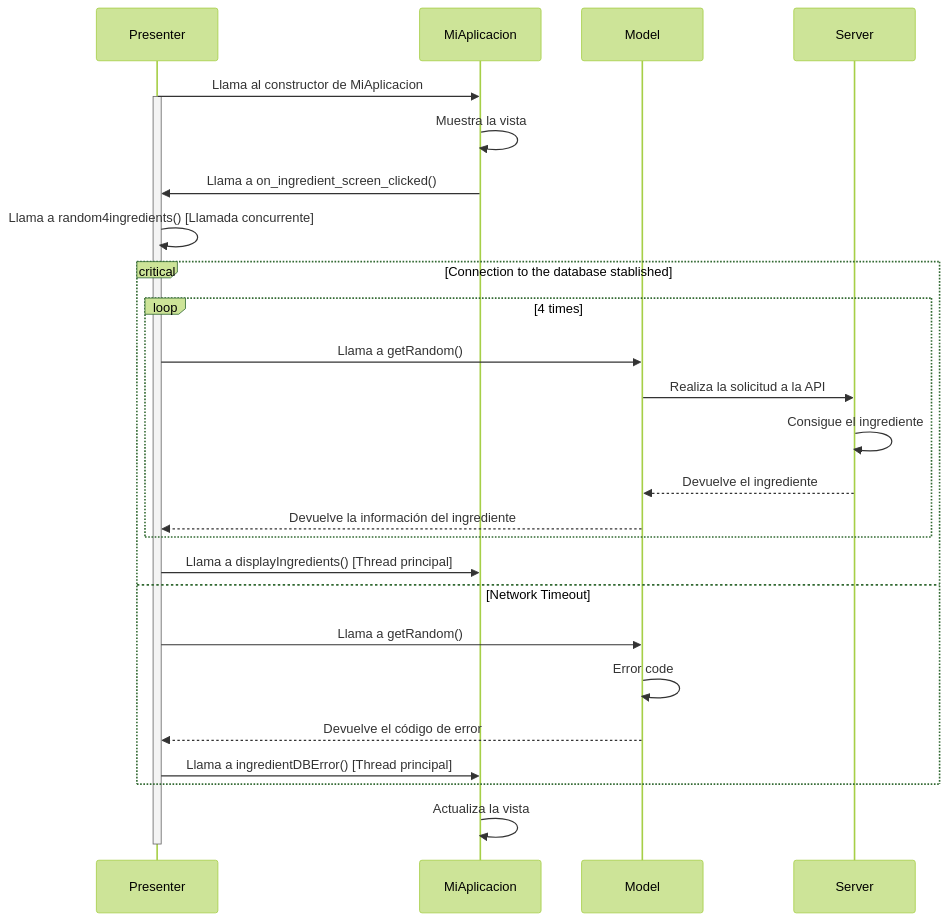
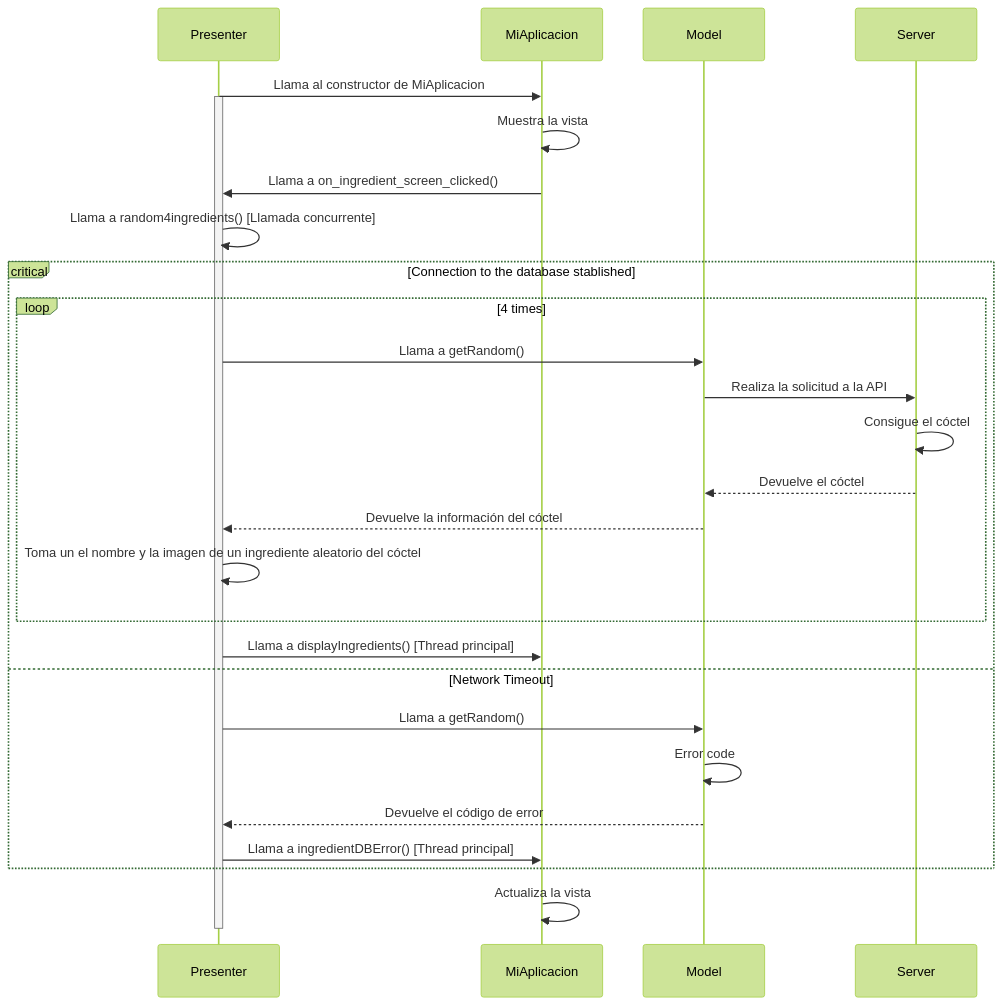
Before and after one commit to braisf03/IPM: the fifth of 7 diagrams in Desktop/diseño_sw.md, drawn with Mermaid (forest theme).

Commit message:
Ingredientado

````diff
--- a/Desktop/diseño_sw.md
+++ b/Desktop/diseño_sw.md
@@ -204,37 +204,38 @@
 ```mermaid
 sequenceDiagram
 
 #--------------Definiciones de actores--------------#
     participant Presenter as Presenter
     participant MiAplicacion as MiAplicacion
     participant Model as Model
     participant Server as Server
 
 #--------------Inicio de la aplicación--------------#
     Presenter->>MiAplicacion: Llama al constructor de MiAplicacion
     activate Presenter
     MiAplicacion->>MiAplicacion: Muestra la vista
     MiAplicacion->>Presenter: Llama a on_ingredient_screen_clicked()
     Presenter->>Presenter: Llama a random4ingredients() [Llamada concurrente]
 
 #-------------Accesos a la base de datos------------#        
     critical Connection to the database stablished
         loop 4 times
             Presenter->>Model: Llama a getRandom()
             Model->>Server:  Realiza la solicitud a la API
-            Server->>Server: Consigue el ingrediente
-            Server-->>Model: Devuelve el ingrediente
-            Model-->>Presenter: Devuelve la información del ingrediente
+            Server->>Server: Consigue el cóctel
+            Server-->>Model: Devuelve el cóctel
+            Model-->>Presenter: Devuelve la información del cóctel
+            Presenter ->> Presenter : Toma un el nombre y la imagen de un ingrediente aleatorio del cóctel
         end
         Presenter->>MiAplicacion: Llama a displayIngredients() [Thread principal]
     option Network Timeout
             Presenter->>Model: Llama a getRandom()
             Model->>Model: Error code
             Model-->>Presenter: Devuelve el código de error
             Presenter->>MiAplicacion: Llama a ingredientDBError() [Thread principal]
     end
    MiAplicacion->>MiAplicacion: Actualiza la vista
 
     deactivate Presenter
 
 ```
````
